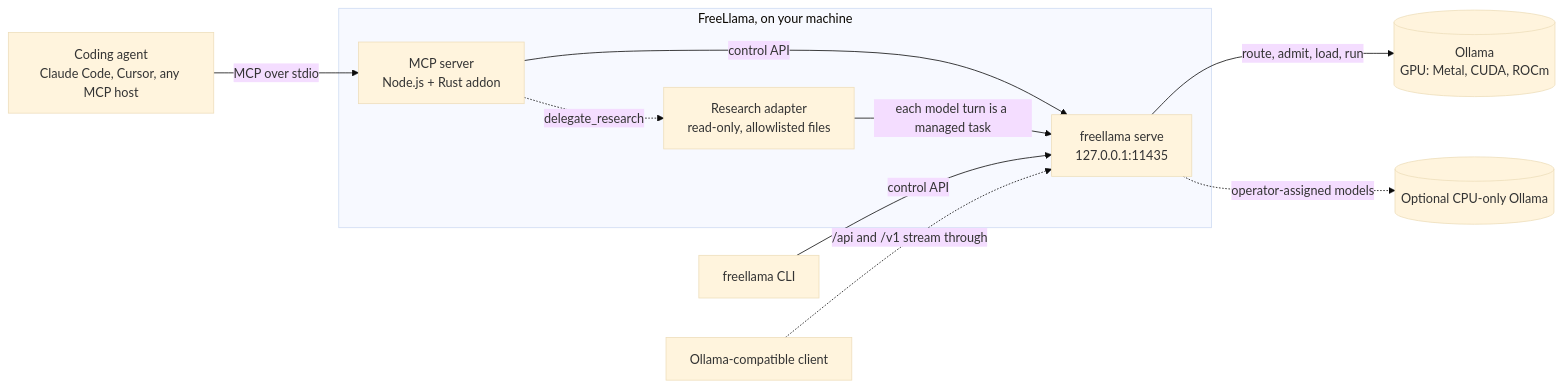
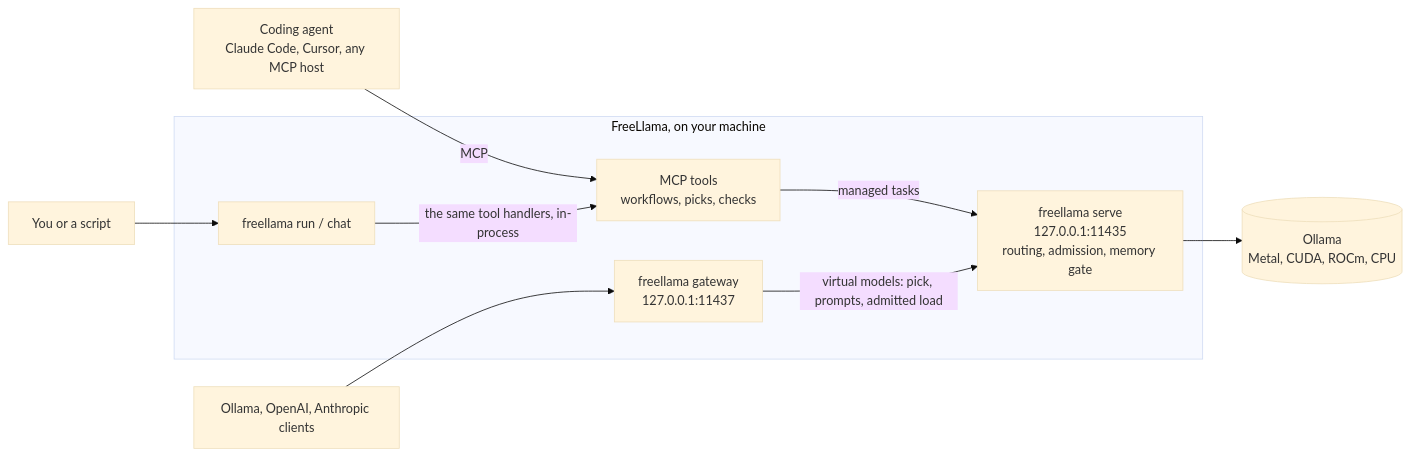
Before and after one commit to bgauryy/FreeLlama: the second of 5 diagrams in README.md, drawn with Mermaid (base theme). The commit also changed other lines of this file and 72 other files, not shown here.

````diff
--- a/README.md
+++ b/README.md
@@ -13,22 +27,21 @@
 ```mermaid
 flowchart LR
     agent["Coding agent<br/>Claude Code, Cursor, any MCP host"]
-    cli["freellama CLI"]
-    raw["Ollama-compatible client"]
+    you["You or a script"]
+    client["Ollama, OpenAI, Anthropic clients"]
     subgraph fl["FreeLlama, on your machine"]
-        mcp["MCP server<br/>Node.js + Rust addon"]
-        serve["freellama serve<br/>127.0.0.1:11435"]
-        research["Research adapter<br/>read-only, allowlisted files"]
+        mcp["MCP tools<br/>workflows, picks, checks"]
+        cli["freellama run / chat"]
+        gw["freellama gateway<br/>127.0.0.1:11437"]
+        serve["freellama serve<br/>127.0.0.1:11435<br/>routing, admission, memory gate"]
     end
-    gpu[("Ollama<br/>GPU: Metal, CUDA, ROCm")]
-    cpu[("Optional CPU-only Ollama")]
+    ollama[("Ollama<br/>Metal, CUDA, ROCm, CPU")]
 
-    agent -->|"MCP over stdio"| mcp
-    mcp -->|"control API"| serve
-    cli -->|"control API"| serve
-    raw -.->|"/api and /v1 stream through"| serve
-    mcp -.->|"delegate_research"| research
-    research -->|"each model turn is a managed task"| serve
-    serve -->|"route, admit, load, run"| gpu
-    serve -.->|"operator-assigned models"| cpu
+    agent -->|"MCP"| mcp
+    you --> cli
+    cli -->|"the same tool handlers, in-process"| mcp
+    client --> gw
+    mcp -->|"managed tasks"| serve
+    gw -->|"virtual models: pick, prompts, admitted load"| serve
+    serve --> ollama
 ```
````
